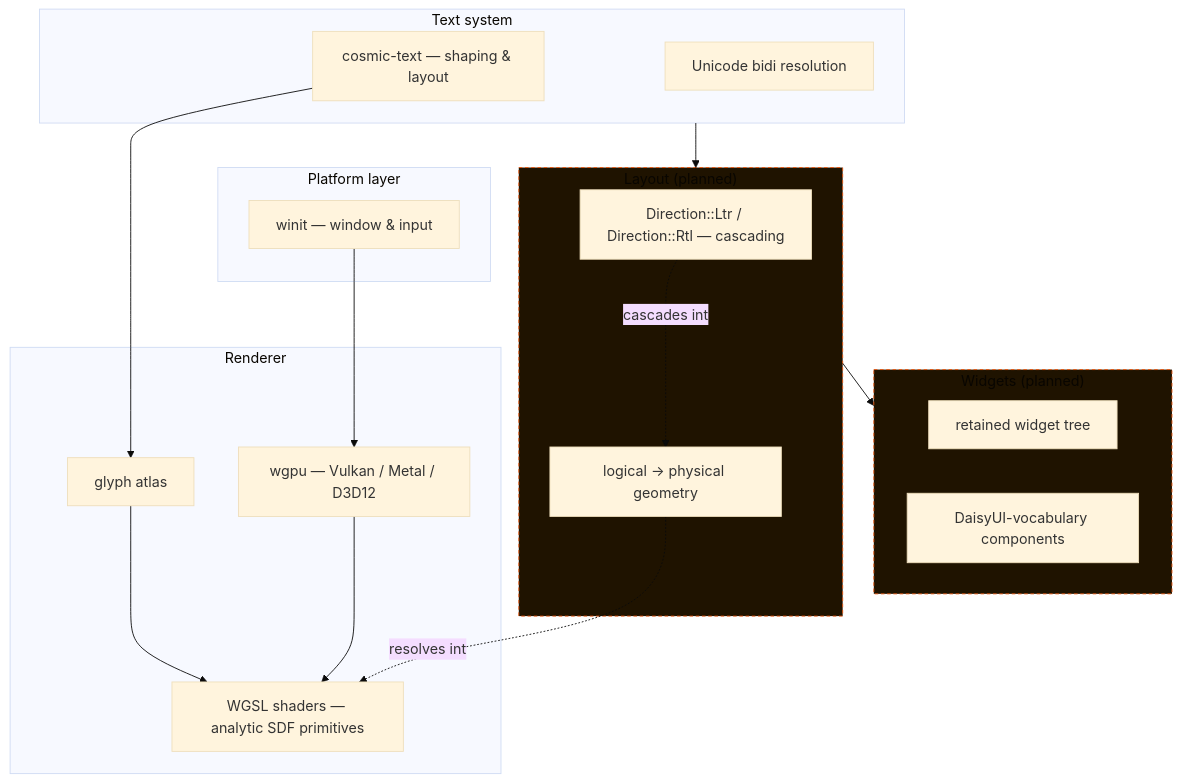
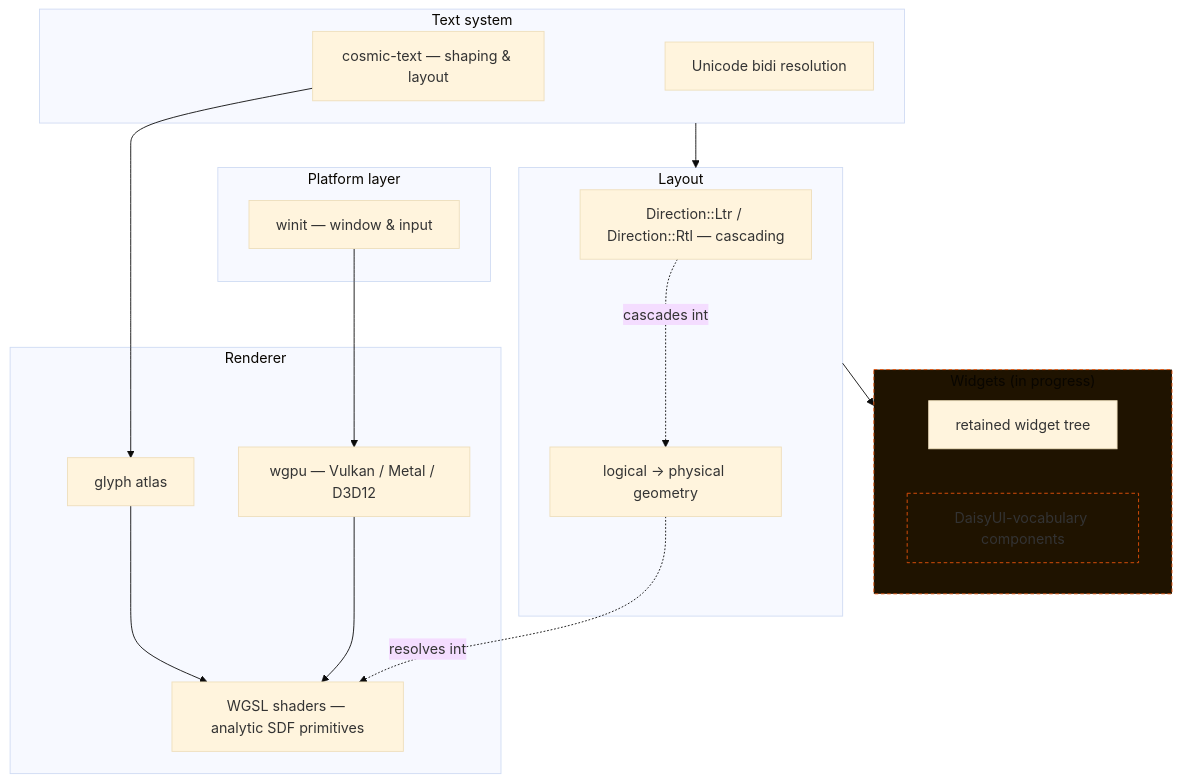
Before and after one commit to RezaRasoulzadeh/mio-gui: the diagram in README.md, drawn with Mermaid (base theme). The commit also changed other lines of this file and 4 other files, not shown here.

````diff
--- a/README.md
+++ b/README.md
@@ -34,39 +34,39 @@
 ```mermaid
 flowchart TB
     subgraph platform["Platform layer"]
         winit["winit — window & input"]
     end
 
     subgraph render["Renderer"]
         wgpu["wgpu — Vulkan / Metal / D3D12"]
         wgsl["WGSL shaders — analytic SDF primitives"]
         atlas["glyph atlas"]
     end
 
     subgraph text["Text system"]
         cosmic["cosmic-text — shaping & layout"]
         bidi["Unicode bidi resolution"]
     end
 
-    subgraph layout["Layout (planned)"]
+    subgraph layout["Layout"]
         direction["Direction::Ltr / Direction::Rtl — cascading"]
         geometry["logical → physical geometry"]
     end
 
-    subgraph widgets["Widgets (planned)"]
+    subgraph widgets["Widgets (in progress)"]
         tree["retained widget tree"]
         daisy["DaisyUI-vocabulary components"]
     end
 
     winit --> wgpu
     wgpu --> wgsl
     cosmic --> atlas
     atlas --> wgsl
     text --> layout
     layout --> widgets
     direction -.cascades into.-> geometry
     geometry -.resolves into.-> wgsl
 
-    style layout fill:#1f1300,stroke:#e9540b,stroke-dasharray: 4 3
     style widgets fill:#1f1300,stroke:#e9540b,stroke-dasharray: 4 3
+    style daisy fill:#1f1300,stroke:#e9540b,stroke-dasharray: 4 3
 ```
````
